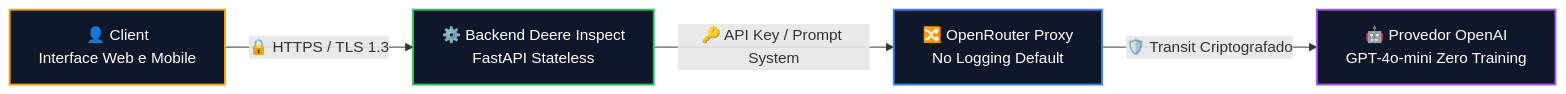
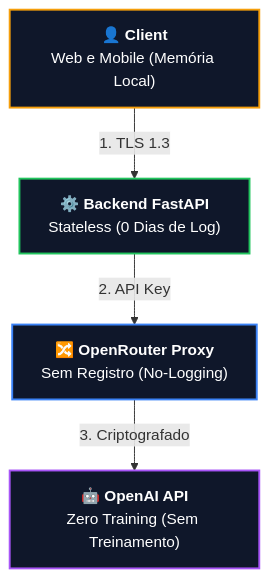
The diagram in docs/tratamento_dados.md (lucasbarros097/Deere_Inspect), drawn with Mermaid before and after one commit.

Commit message:
style(mermaid): alterar diagrama para layout vertical (flowchart TD) sem rolagem lateral

````diff
--- a/docs/tratamento_dados.md
+++ b/docs/tratamento_dados.md
@@ -12,21 +12,21 @@
 ```mermaid
-flowchart LR
-    A["👤 Client<br/>Interface Web e Mobile"]
-    B["⚙️ Backend Deere Inspect<br/>FastAPI Stateless"]
-    C["🔀 OpenRouter Proxy<br/>No Logging Default"]
-    D["🤖 Provedor OpenAI<br/>GPT-4o-mini Zero Training"]
+flowchart TD
+    A["👤 <b>Client</b><br/>Web e Mobile (Memória Local)"]
+    B["⚙️ <b>Backend FastAPI</b><br/>Stateless (0 Dias de Log)"]
+    C["🔀 <b>OpenRouter Proxy</b><br/>Sem Registro (No-Logging)"]
+    D["🤖 <b>OpenAI API</b><br/>Zero Training (Sem Treinamento)"]
 
-    A -->|"🔒 HTTPS / TLS 1.3"| B
-    B -->|"🔑 API Key / Prompt System"| C
-    C -->|"🛡️ Transit Criptografado"| D
+    A -->|"1. TLS 1.3"| B
+    B -->|"2. API Key"| C
+    C -->|"3. Criptografado"| D
 
     classDef client fill:#0f172a,stroke:#f59e0b,stroke-width:2px,color:#fff
     classDef backend fill:#0f172a,stroke:#22c55e,stroke-width:2px,color:#fff
     classDef proxy fill:#0f172a,stroke:#3b82f6,stroke-width:2px,color:#fff
     classDef provider fill:#0f172a,stroke:#a855f7,stroke-width:2px,color:#fff
 
     class A client
     class B backend
     class C proxy
     class D provider
 ```
````
